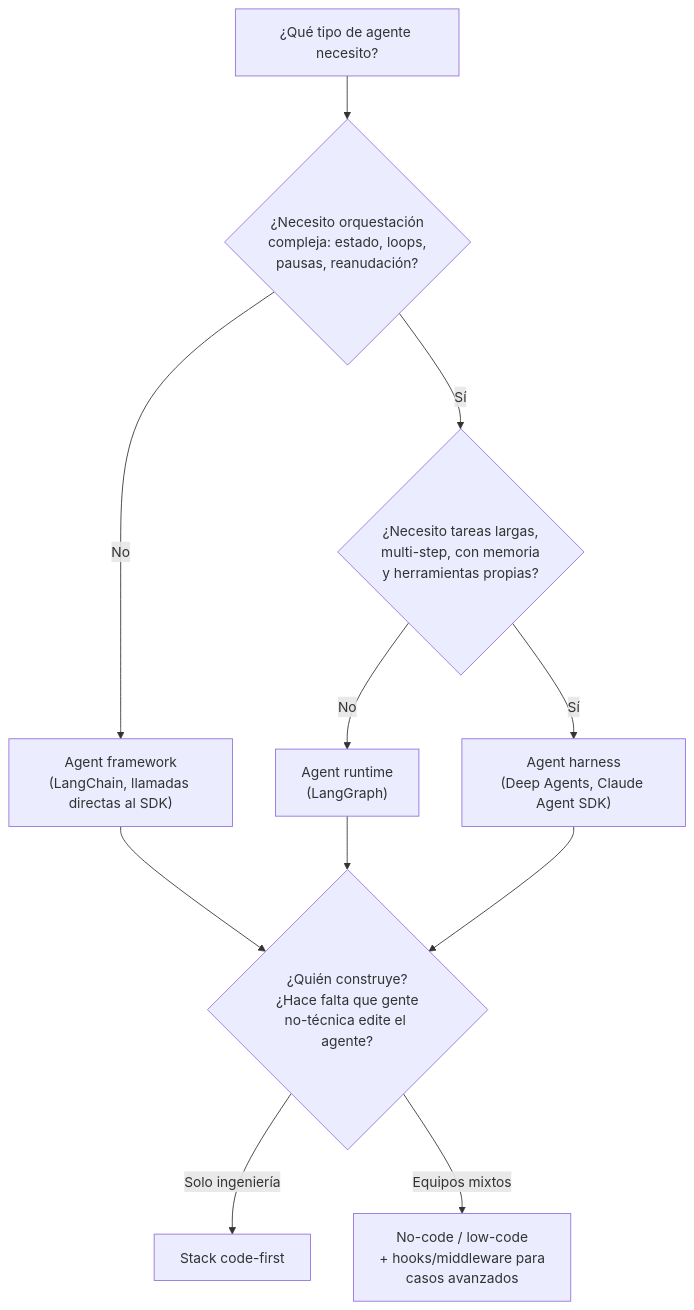
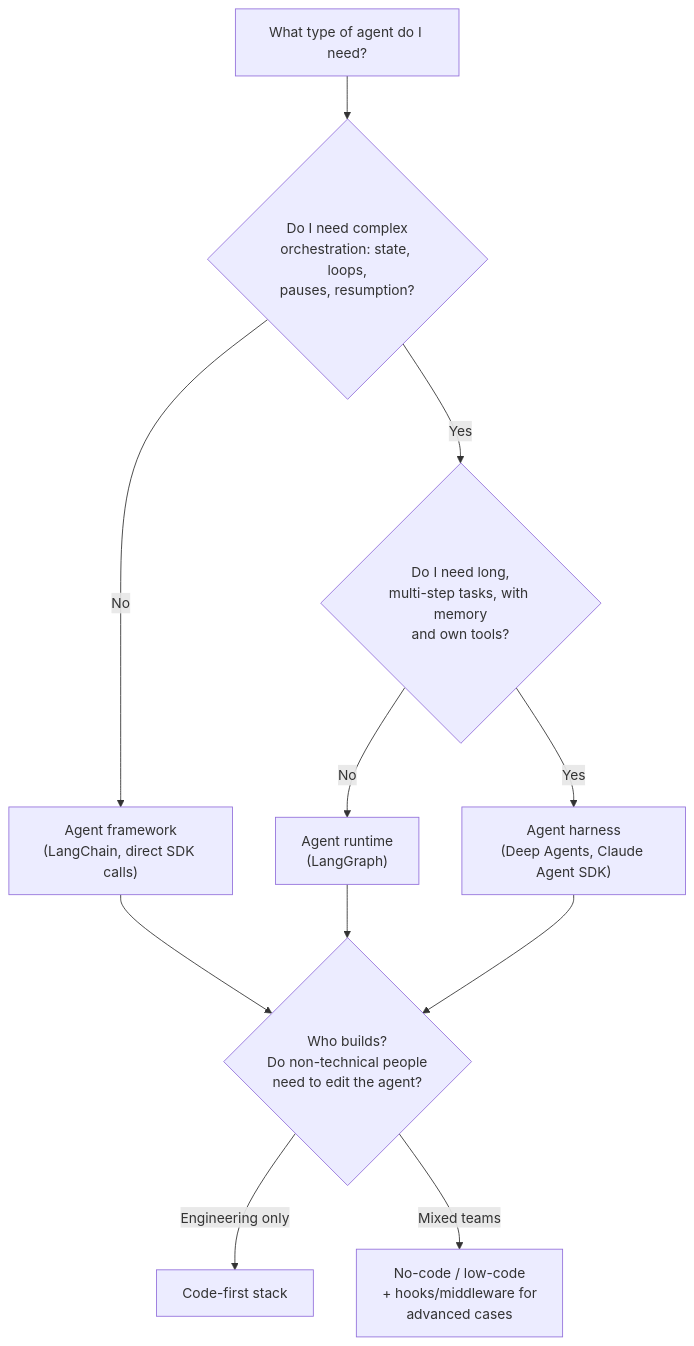
The diagram in docs/01-build.md (alejandrogolfe/agent-methodology), drawn with Mermaid before and after one commit. The commit also changed other lines of this file and 8 other files, not shown here.

````diff
--- a/docs/01-build.md
+++ b/docs/01-build.md
@@ -11,13 +11,13 @@
 ```mermaid
 flowchart TD
-    A["¿Qué tipo de agente necesito?"] --> B{"¿Necesito orquestación<br/>compleja: estado, loops,<br/>pausas, reanudación?"}
-    B -->|No| C["Agent framework<br/>(LangChain, llamadas directas al SDK)"]
-    B -->|Sí| D{"¿Necesito tareas largas,<br/>multi-step, con memoria<br/>y herramientas propias?"}
-    D -->|No| E["Agent runtime<br/>(LangGraph)"]
-    D -->|Sí| F["Agent harness<br/>(Deep Agents, Claude Agent SDK)"]
-    C --> G{"¿Quién construye?<br/>¿Hace falta que gente<br/>no-técnica edite el agente?"}
+    A["What type of agent do I need?"] --> B{"Do I need complex\norchestration: state, loops,\npauses, resumption?"}
+    B -->|No| C["Agent framework\n(LangChain, direct SDK calls)"]
+    B -->|Yes| D{"Do I need long,\nmulti-step tasks, with memory\nand own tools?"}
+    D -->|No| E["Agent runtime\n(LangGraph)"]
+    D -->|Yes| F["Agent harness\n(Deep Agents, Claude Agent SDK)"]
+    C --> G{"Who builds?\nDo non-technical people\nneed to edit the agent?"}
     E --> G
     F --> G
-    G -->|Solo ingeniería| H["Stack code-first"]
-    G -->|Equipos mixtos| I["No-code / low-code<br/>+ hooks/middleware para<br/>casos avanzados"]
+    G -->|Engineering only| H["Code-first stack"]
+    G -->|Mixed teams| I["No-code / low-code\n+ hooks/middleware for\nadvanced cases"]
 ```
````
